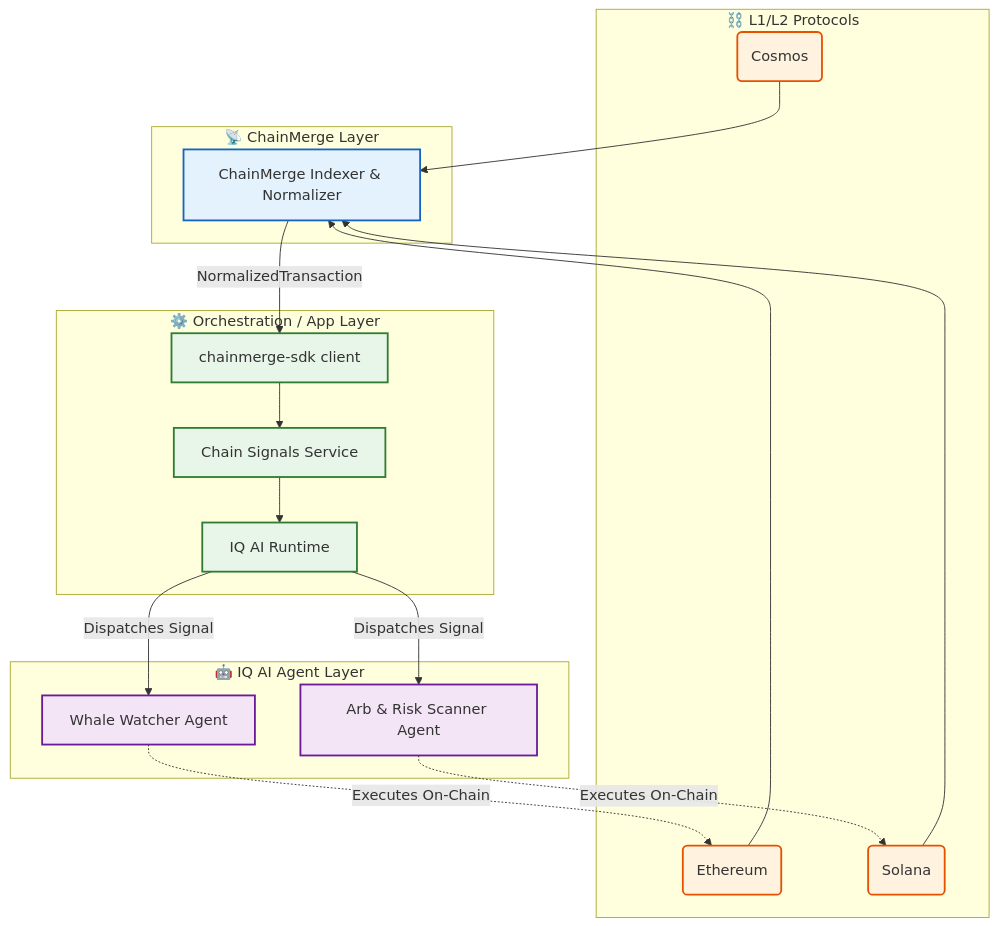
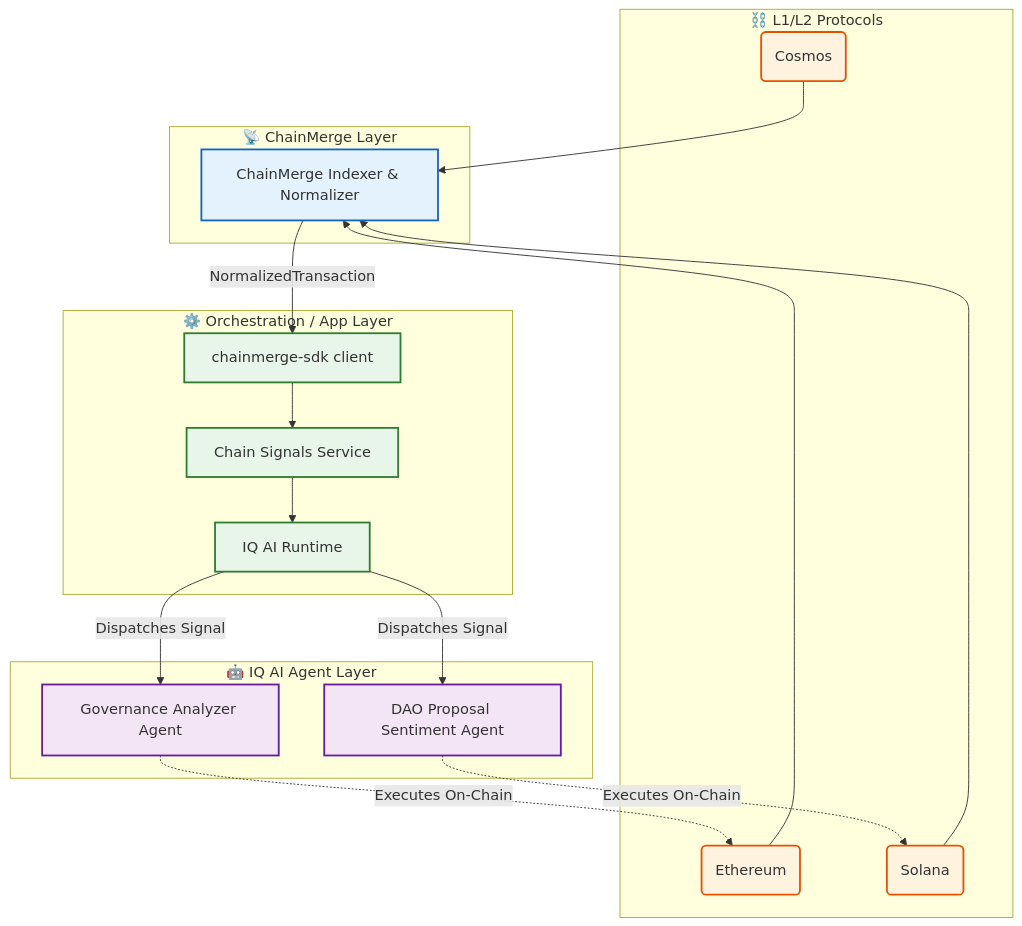
One commit to I-lost-everytime/ChainMerge changed the first of 2 diagrams in new_implementation_plan.md. Above: the diagram before and after it, drawn with Mermaid. The commit also changed other lines of this file and 16 other files, not shown here.

````diff
--- a/new_implementation_plan.md
+++ b/new_implementation_plan.md
@@ -26,42 +26,42 @@
 ```mermaid
 graph TD
     classDef signal fill:#e3f2fd,stroke:#1565c0,stroke-width:2px;
     classDef agent fill:#f3e5f5,stroke:#6a1b9a,stroke-width:2px;
     classDef chain fill:#fff3e0,stroke:#e65100,stroke-width:2px;
     classDef app fill:#e8f5e9,stroke:#2e7d32,stroke-width:2px;
 
     %% Layers
     subgraph Signal_Layer [📡 ChainMerge Layer]
         A1[ChainMerge Indexer & Normalizer]:::signal
     end
 
     subgraph Orchestration_Layer [⚙️ Orchestration / App Layer]
         O1[chainmerge-sdk client]:::app
         O2[Chain Signals Service]:::app
         O3[IQ AI Runtime]:::app
         O1 --> O2
         O2 --> O3
     end
 
     subgraph Action_Layer [🤖 IQ AI Agent Layer]
-        Agent1[Whale Watcher Agent]:::agent
-        Agent2[Arb & Risk Scanner Agent]:::agent
+        Agent1[Governance Analyzer Agent]:::agent
+        Agent2[DAO Proposal Sentiment Agent]:::agent
     end
 
     subgraph Blockchain_Networks [⛓️ L1/L2 Protocols]
         C1(Ethereum):::chain
         C2(Solana):::chain
         C3(Cosmos):::chain
     end
 
     %% Connections
     C1 --> A1
     C2 --> A1
     C3 --> A1
 
     A1 -- NormalizedTransaction --> O1
     O3 -- Dispatches Signal --> Agent1
     O3 -- Dispatches Signal --> Agent2
     Agent1 -. Executes On-Chain .-> C1
     Agent2 -. Executes On-Chain .-> C2
 ```
````
